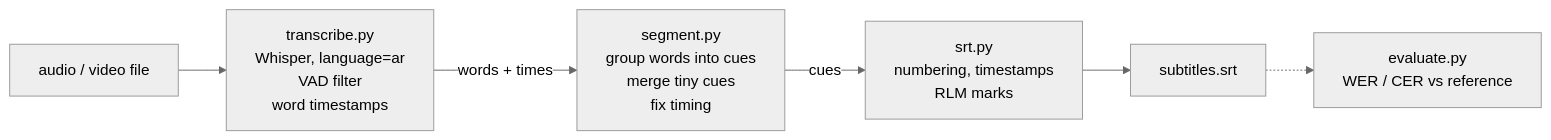
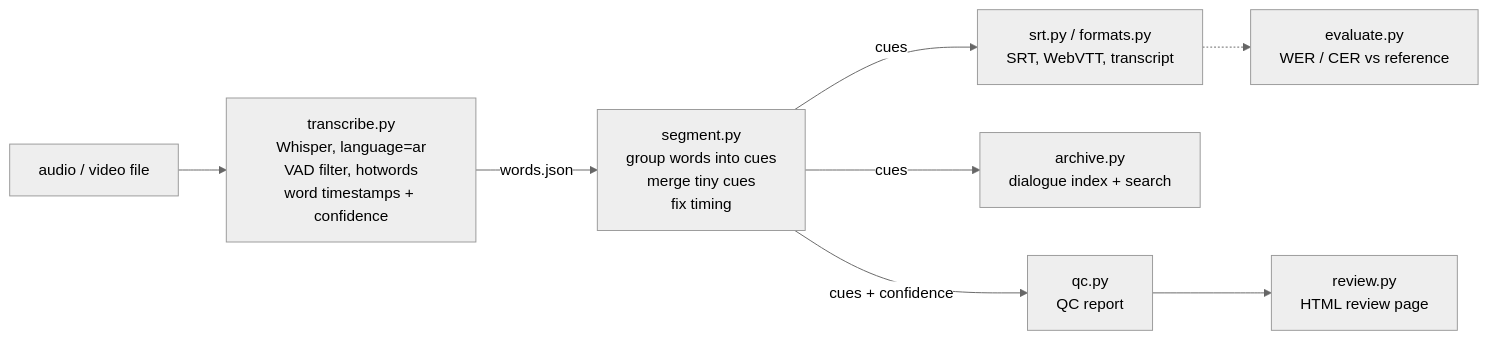
One commit to Ziad-Abdalla/gulf-whisper-srt changed the diagram in README.md. Above: the diagram before and after it, drawn with Mermaid (neutral theme). The commit also changed other lines of this file, not shown here.

Commit message:
README: production-house section, Arabic summary, new outputs, hotwords and QC results

````diff
--- a/README.md
+++ b/README.md
@@ -69,8 +154,10 @@
 ```mermaid
 flowchart LR
-    A[audio / video file] --> B[transcribe.py<br/>Whisper, language=ar<br/>VAD filter<br/>word timestamps]
-    B -->|words + times| C[segment.py<br/>group words into cues<br/>merge tiny cues<br/>fix timing]
-    C -->|cues| D[srt.py<br/>numbering, timestamps<br/>RLM marks]
-    D --> E[subtitles.srt]
-    E -.-> F[evaluate.py<br/>WER / CER vs reference]
+    A[audio / video file] --> B[transcribe.py<br/>Whisper, language=ar<br/>VAD filter, hotwords<br/>word timestamps + confidence]
+    B -->|words.json| C[segment.py<br/>group words into cues<br/>merge tiny cues<br/>fix timing]
+    C -->|cues| D[srt.py / formats.py<br/>SRT, WebVTT, transcript]
+    C -->|cues| G[archive.py<br/>dialogue index + search]
+    C -->|cues + confidence| H[qc.py<br/>QC report]
+    H --> I[review.py<br/>HTML review page]
+    D -.-> F[evaluate.py<br/>WER / CER vs reference]
 ```
````
